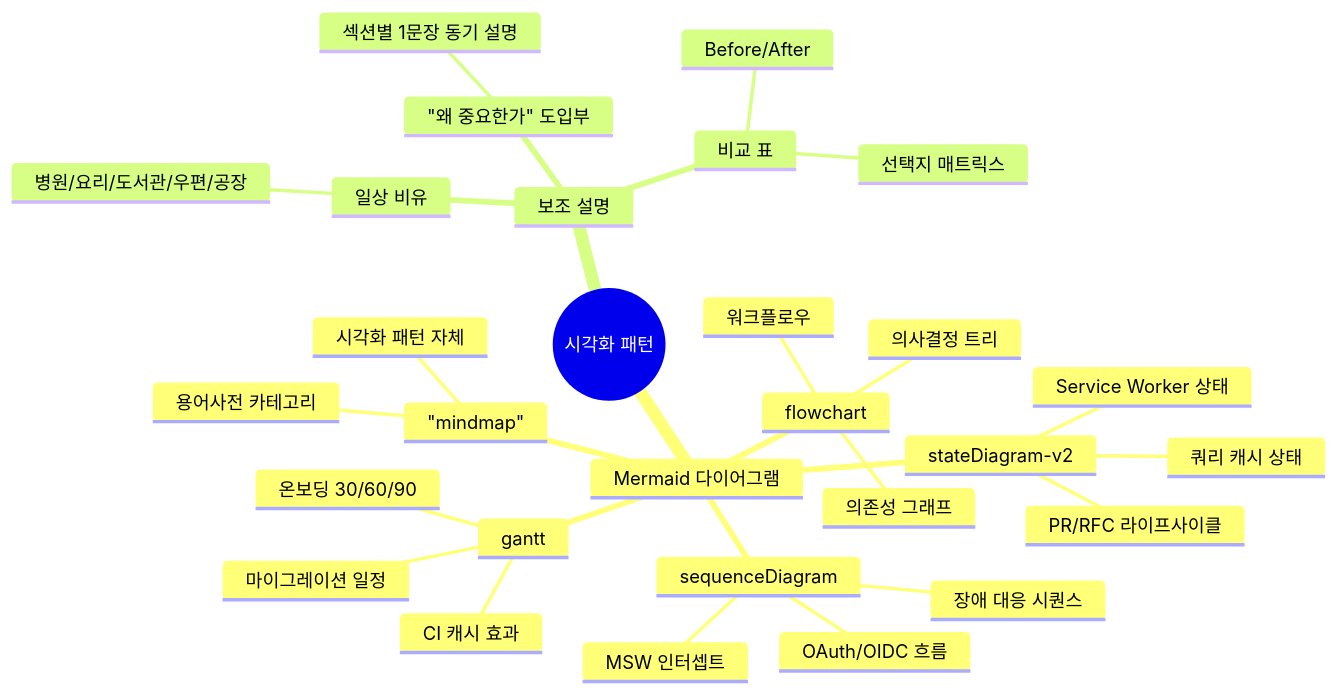
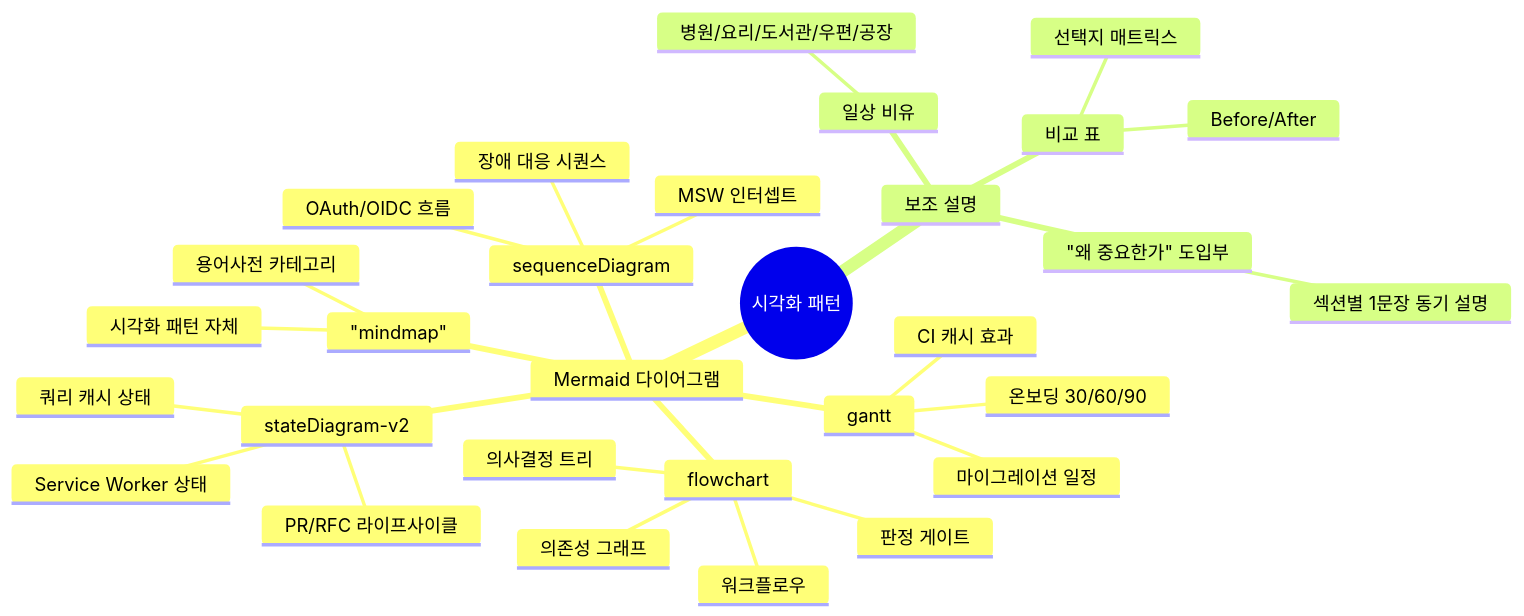
Before and after one commit to blue45f/heejun: the second of 4 diagrams in README.md, drawn with Mermaid. The commit also changed other lines of this file and 54 other files, not shown here.

````diff
--- a/README.md
+++ b/README.md
@@ -47,32 +47,33 @@
 ```mermaid
 mindmap
   root((시각화 패턴))
     Mermaid 다이어그램
       flowchart
         의사결정 트리
+        판정 게이트
         워크플로우
         의존성 그래프
       sequenceDiagram
         OAuth/OIDC 흐름
         MSW 인터셉트
         장애 대응 시퀀스
       stateDiagram-v2
         PR/RFC 라이프사이클
         Service Worker 상태
         쿼리 캐시 상태
       gantt
         온보딩 30/60/90
         마이그레이션 일정
         CI 캐시 효과
       "mindmap"
         용어사전 카테고리
         시각화 패턴 자체
     보조 설명
       일상 비유
         병원/요리/도서관/우편/공장
       "왜 중요한가" 도입부
         섹션별 1문장 동기 설명
       비교 표
         Before/After
         선택지 매트릭스
 ```
````
